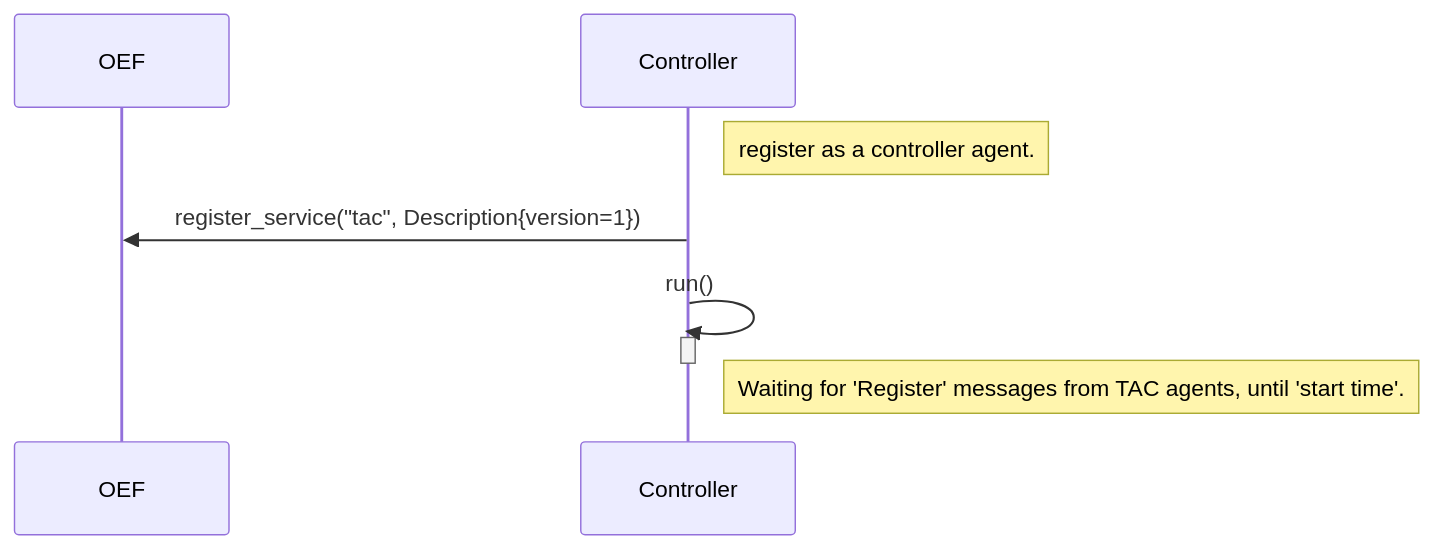
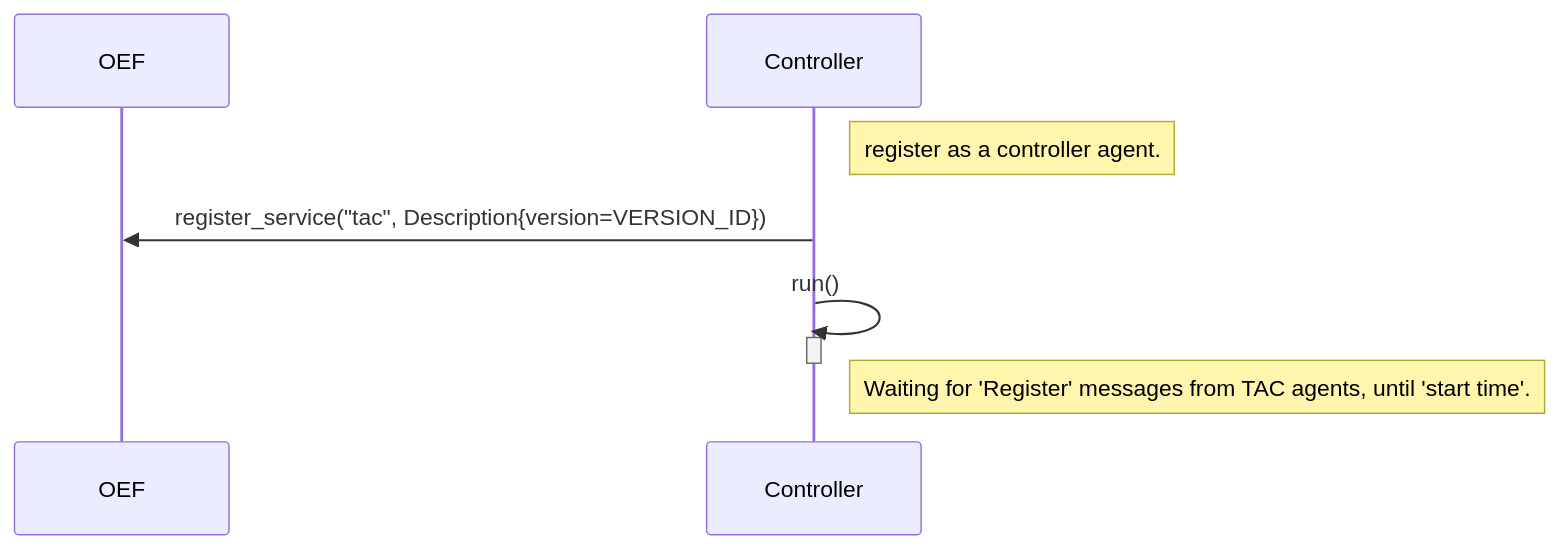
The diagram in docs/diagrams/controller_setup.mmd (fetchai/agents-tac), drawn with Mermaid before and after one commit. The commit also changed 42 other files, not shown here.

```diff
--- a/docs/diagrams/controller_setup.mmd
+++ b/docs/diagrams/controller_setup.mmd
@@ -1,12 +1,12 @@
 sequenceDiagram
     participant OEF
     participant Controller
 
     Note right of Controller: register as a controller agent.
 
-    Controller->>OEF: register_service("tac", Description{version=1})
+    Controller->>OEF: register_service("tac", Description{version=VERSION_ID})
     Controller->>Controller: run()
     activate Controller
     deactivate Controller
 
     Note right of Controller: Waiting for 'Register' messages from TAC agents, until 'start time'.
```
